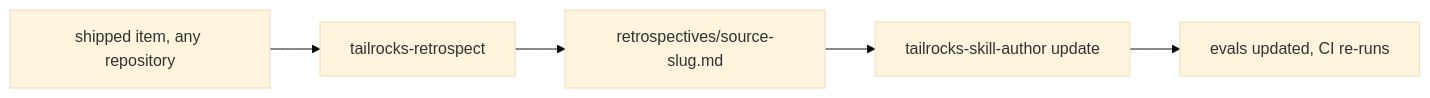
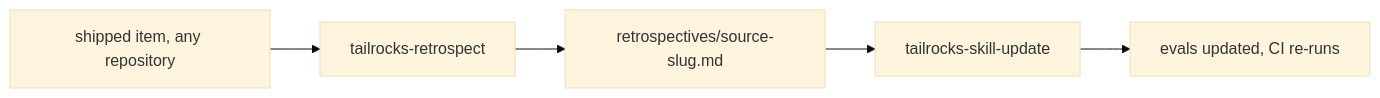
Before and after one commit to tailrocks/tailrocks-skills: the diagram in docs/content/docs/self-improve.mdx, drawn with Mermaid (base theme). The commit also changed other lines of this file and 64 other files, not shown here.

First line of the commit message:
feat(skills)!: split tailrocks-skill-author into create, update, audit, and refactor skills

````diff
--- a/docs/content/docs/self-improve.mdx
+++ b/docs/content/docs/self-improve.mdx
@@ -11,7 +11,7 @@
 ```mermaid
 flowchart LR
   field["shipped item, any repository"] --> retro["tailrocks-retrospect"]
   retro --> record["retrospectives/source-slug.md"]
-  record --> author["tailrocks-skill-author update"]
+  record --> author["tailrocks-skill-update"]
   author --> evals["evals updated, CI re-runs"]
 ```
````
